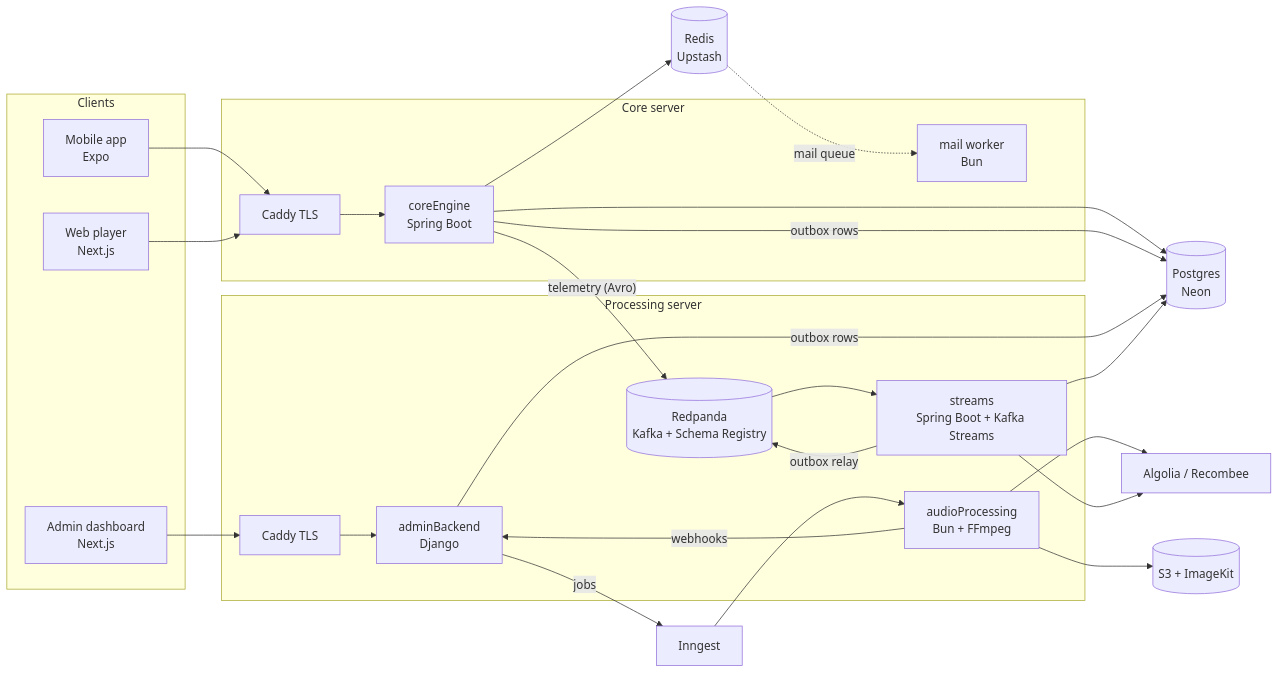
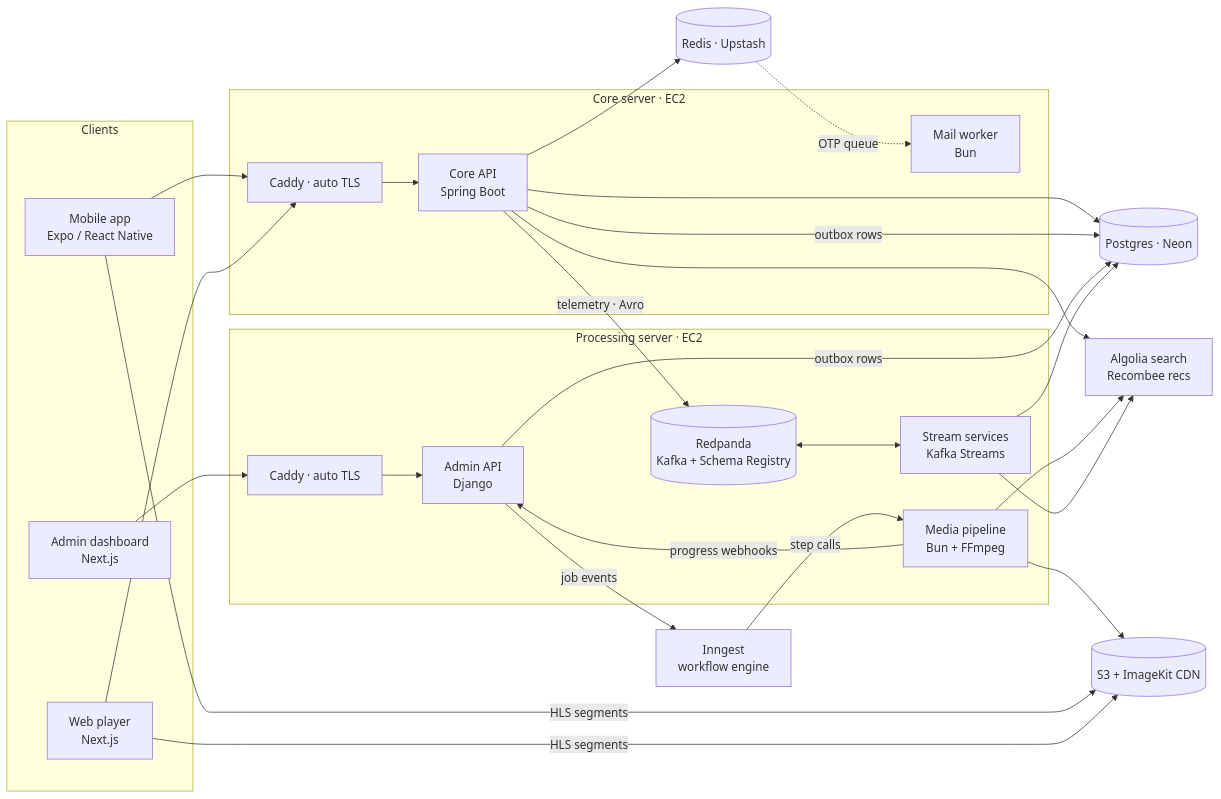
One commit to karankumar786786/AudioMelodySpringboot changed the first of 2 diagrams in README.md. Above: the diagram before and after it, drawn with Mermaid. The commit also changed other lines of this file, not shown here.

````diff
--- a/README.md
+++ b/README.md
@@ -27,41 +111,41 @@
 ```mermaid
 flowchart LR
   subgraph Clients
-    app[Mobile app<br/>Expo]
+    app[Mobile app<br/>Expo / React Native]
     web[Web player<br/>Next.js]
     adminui[Admin dashboard<br/>Next.js]
   end
 
-  subgraph core_server [Core server]
-    caddy1[Caddy TLS]
-    core[coreEngine<br/>Spring Boot]
-    mail[mail worker<br/>Bun]
+  subgraph core_server [Core server · EC2]
+    caddy1[Caddy · auto TLS]
+    core[Core API<br/>Spring Boot]
+    mail[Mail worker<br/>Bun]
   end
 
-  subgraph processing_server [Processing server]
-    caddy2[Caddy TLS]
-    admin[adminBackend<br/>Django]
-    proc[audioProcessing<br/>Bun + FFmpeg]
+  subgraph processing_server [Processing server · EC2]
+    caddy2[Caddy · auto TLS]
+    admin[Admin API<br/>Django]
+    proc[Media pipeline<br/>Bun + FFmpeg]
     rp[(Redpanda<br/>Kafka + Schema Registry)]
-    streams[streams<br/>Spring Boot + Kafka Streams]
+    streams[Stream services<br/>Kafka Streams]
   end
 
-  pg[(Postgres<br/>Neon)]
-  redis[(Redis<br/>Upstash)]
-  s3[(S3 + ImageKit)]
-  inngest[Inngest]
-  ext[Algolia / Recombee]
+  pg[(Postgres · Neon)]
+  redis[(Redis · Upstash)]
+  s3[(S3 + ImageKit CDN)]
+  inngest[Inngest<br/>workflow engine]
+  ext[Algolia search<br/>Recombee recs]
 
   app & web --> caddy1 --> core
   adminui --> caddy2 --> admin
-  core --> pg & redis
-  core -- telemetry (Avro) --> rp
+  core --> pg & redis & ext
+  core -- telemetry · Avro --> rp
   core & admin -- outbox rows --> pg
-  admin -- jobs --> inngest --> proc
+  admin -- job events --> inngest -- step calls --> proc
   proc --> s3 & ext
-  proc -- webhooks --> admin
-  streams -- outbox relay --> rp
-  rp --> streams
+  proc -- progress webhooks --> admin
+  rp <--> streams
   streams --> pg & ext
-  redis -. mail queue .-> mail
+  redis -. OTP queue .-> mail
+  app & web -- HLS segments --> s3
 ```
````
